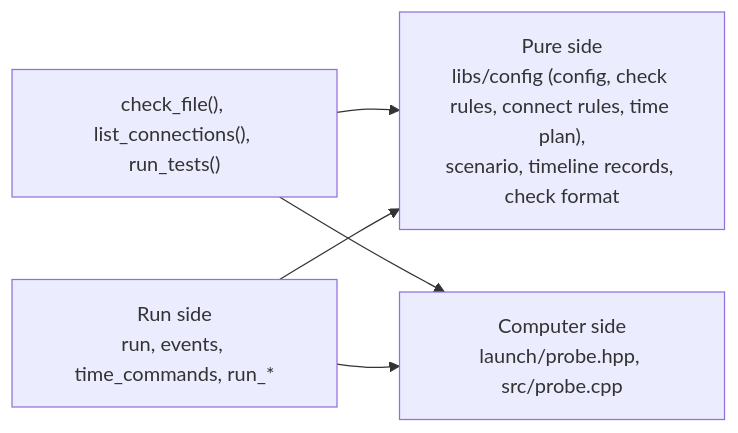
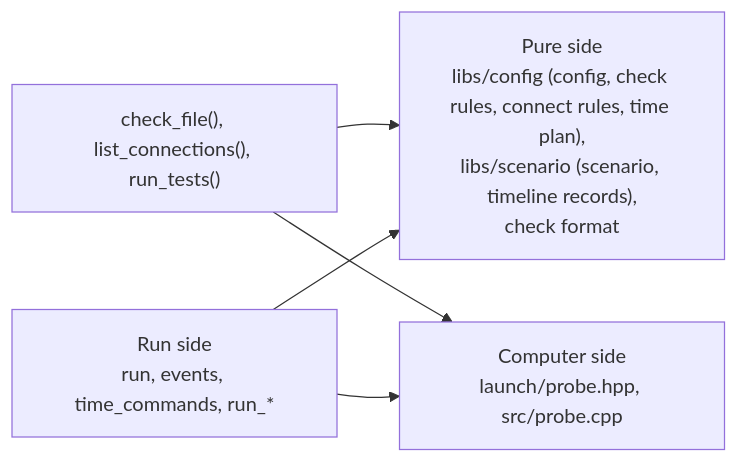
Before and after one commit to rahanahu/vehicle-sil: the second of 3 diagrams in docs/architecture.md, drawn with Mermaid. The commit also changed other lines of this file and 58 other files, not shown here.

First line of the commit message:
build: split the scenario into libs/scenario (#289)

````diff
--- a/docs/architecture.md
+++ b/docs/architecture.md
@@ -220,11 +221,11 @@
 ```mermaid
 flowchart LR
-    pure["Pure side<br>libs/config (config, check rules, connect rules, time plan),<br>scenario, timeline records, check format"]
+    pure["Pure side<br>libs/config (config, check rules, connect rules, time plan),<br>libs/scenario (scenario, timeline records),<br>check format"]
     assemble["check_file(), list_connections(), run_tests()"]
     probe["Computer side<br>launch/probe.hpp, src/probe.cpp"]
     run["Run side<br>run, events, time_commands, run_*"]
     assemble --> pure
     assemble --> probe
     run --> pure
     run --> probe
 ```
````
